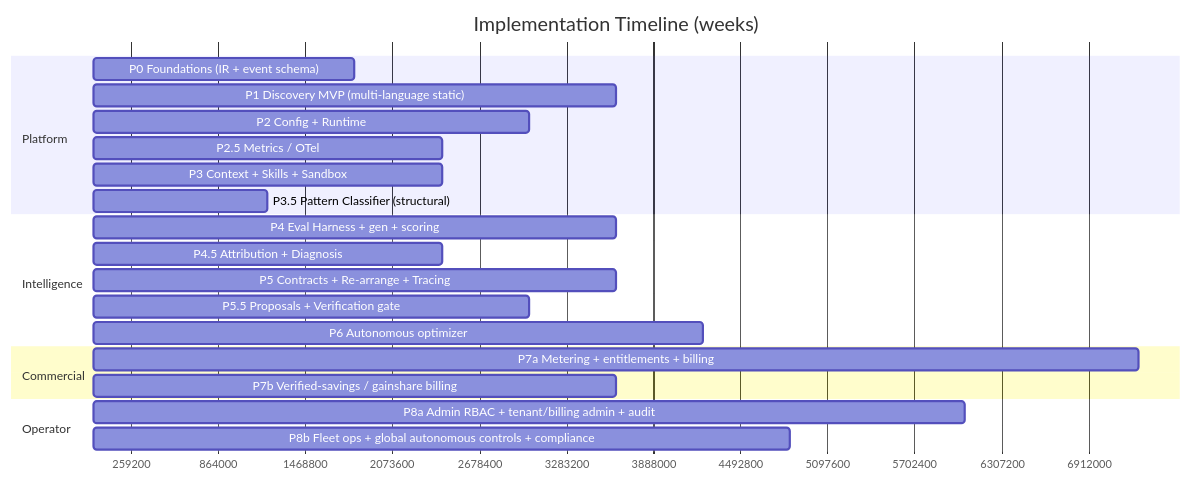
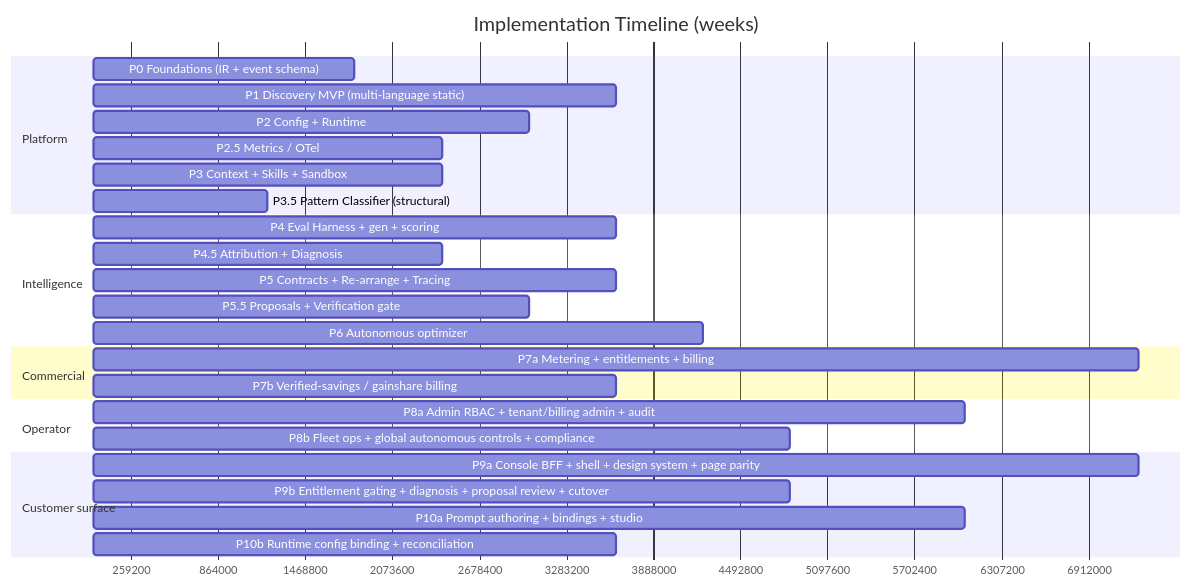
The third of 3 diagrams in docs/implementation-timeline/README.md (damonleelcx/heros-agent), drawn with Mermaid before and after one commit. The commit also changed other lines of this file and 32 other files, not shown here.

First line of the commit message:
docs: specify the web consoles (P9, P8) and the Prompt & Model Studio (P10)

````diff
--- a/docs/implementation-timeline/README.md
+++ b/docs/implementation-timeline/README.md
@@ -147,25 +156,30 @@
 ```mermaid
 gantt
   title Implementation Timeline (weeks)
   dateFormat X
   axisFormat %s
   section Platform
   P0 Foundations (IR + event schema)      :p0, 0, 3w
   P1 Discovery MVP (multi-language static) :p1, 3, 6w
   P2 Config + Runtime                     :p2, 6, 5w
   P2.5 Metrics / OTel                     :p25, 9, 4w
   P3 Context + Skills + Sandbox           :p3, 12, 4w
   P3.5 Pattern Classifier (structural)    :p35, 15, 2w
   section Intelligence
   P4 Eval Harness + gen + scoring         :p4, 16, 6w
   P4.5 Attribution + Diagnosis            :p45, 21, 4w
   P5 Contracts + Re-arrange + Tracing     :p5, 24, 6w
   P5.5 Proposals + Verification gate      :p55, 29, 5w
   P6 Autonomous optimizer                 :p6, 33, 7w
   section Commercial
   P7a Metering + entitlements + billing   :p7a, 22, 12w
   P7b Verified-savings / gainshare billing:p7b, 34, 6w
   section Operator
   P8a Admin RBAC + tenant/billing admin + audit :p8a, 24, 10w
   P8b Fleet ops + global autonomous controls + compliance :p8b, 34, 8w
+  section Customer surface
+  P9a Console BFF + shell + design system + page parity :p9a, 24, 12w
+  P9b Entitlement gating + diagnosis + proposal review + cutover :p9b, 36, 8w
+  P10a Prompt authoring + bindings + studio :p10a, 30, 10w
+  P10b Runtime config binding + reconciliation :p10b, 40, 6w
 ```
````
